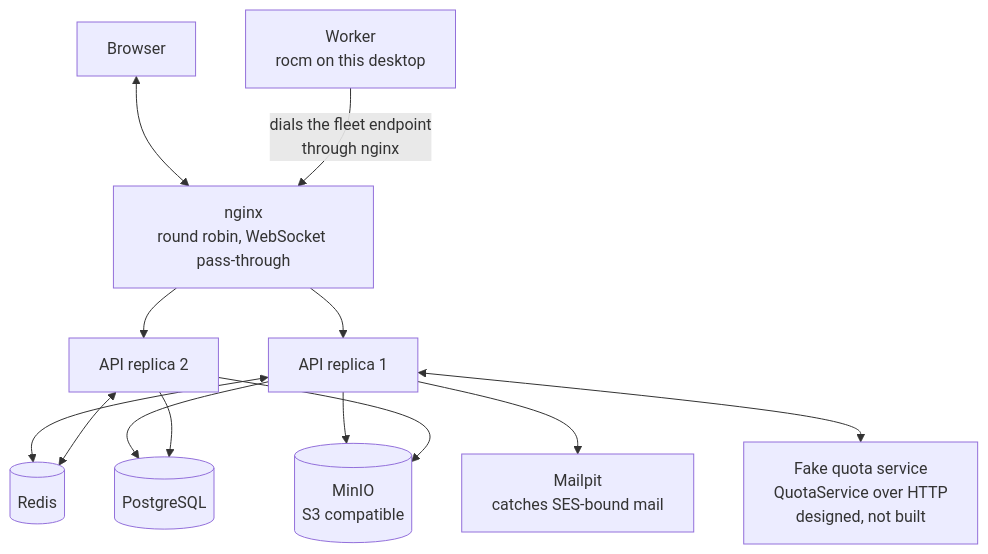
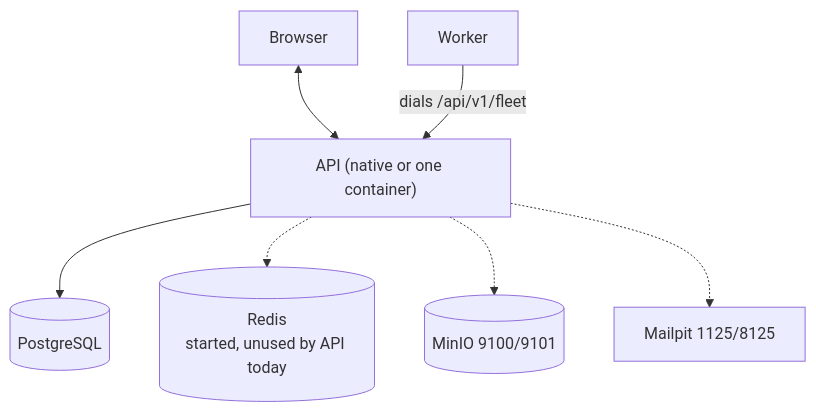
Before and after one commit to Portocolom-Studio/potocolom: the second of 4 diagrams in docs/local-development.md, drawn with Mermaid. The commit also changed other lines of this file and 15 other files, not shown here.

````diff
--- a/docs/local-development.md
+++ b/docs/local-development.md
@@ -203,25 +203,16 @@
 ```mermaid
 flowchart TB
     B["Browser"]
-    N["nginx<br>round robin, WebSocket pass-through"]
-    A1["API replica 1"]
-    A2["API replica 2"]
-    R[("Redis")]
+    A["API (native or one container)"]
+    R[("Redis<br>started, unused by API today")]
     P[("PostgreSQL")]
-    M[("MinIO<br>S3 compatible")]
-    MP["Mailpit<br>catches SES-bound mail"]
-    Q["Fake quota service<br>QuotaService over HTTP<br>designed, not built"]
-    W["Worker<br>rocm on this desktop"]
-    B <--> N
-    N --> A1
-    N --> A2
-    A1 <--> R
-    A2 <--> R
-    A1 --> P
-    A2 --> P
-    A1 --> M
-    A2 --> M
-    A1 --> MP
-    A1 <--> Q
-    W -->|"dials the fleet endpoint<br>through nginx"| N
+    M[("MinIO 9100/9101")]
+    MP["Mailpit 1125/8125"]
+    W["Worker"]
+    B <--> A
+    A --> P
+    A -.-> R
+    A -.-> M
+    A -.-> MP
+    W -->|"dials /api/v1/fleet"| A
 ```
````
